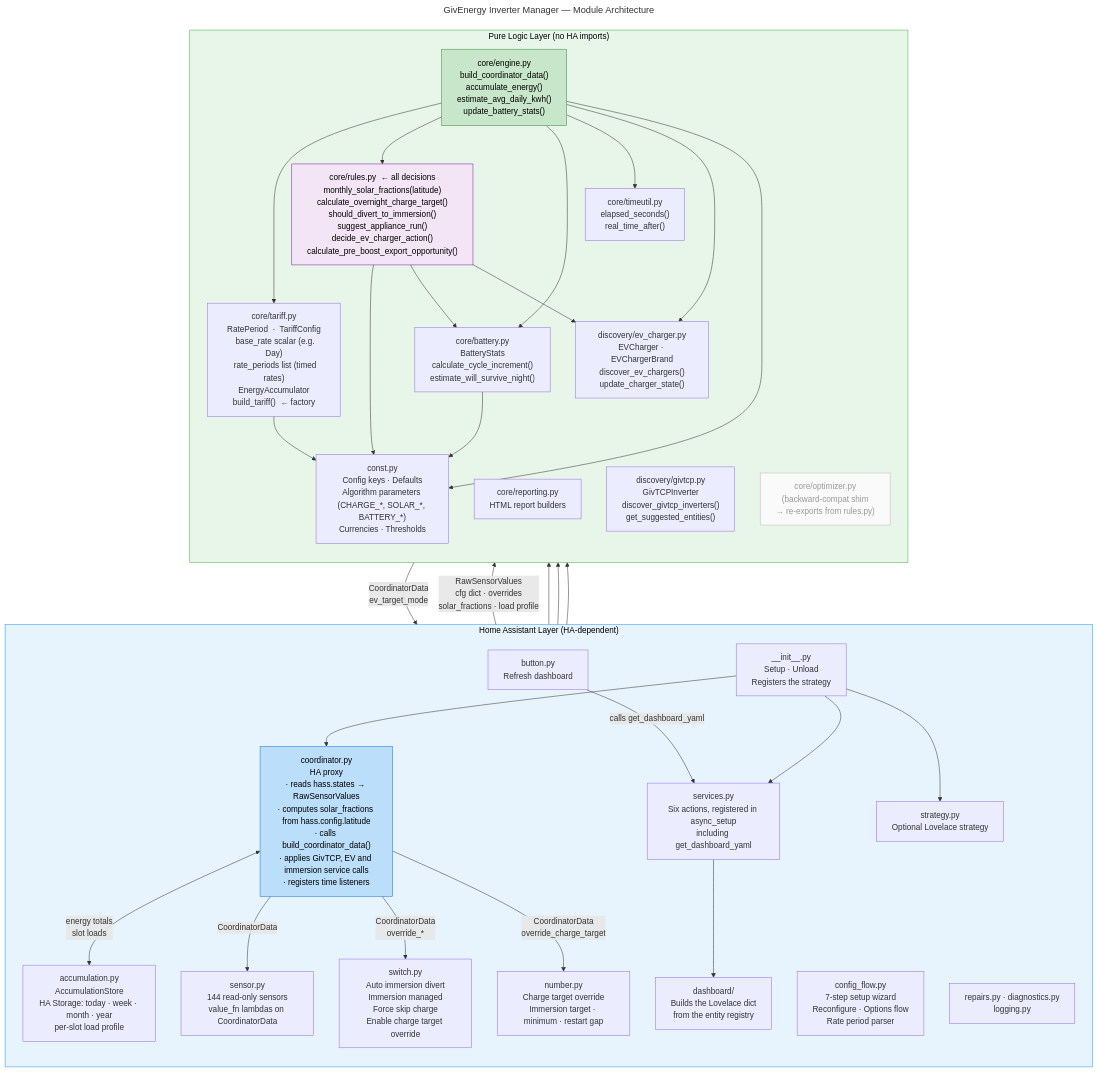
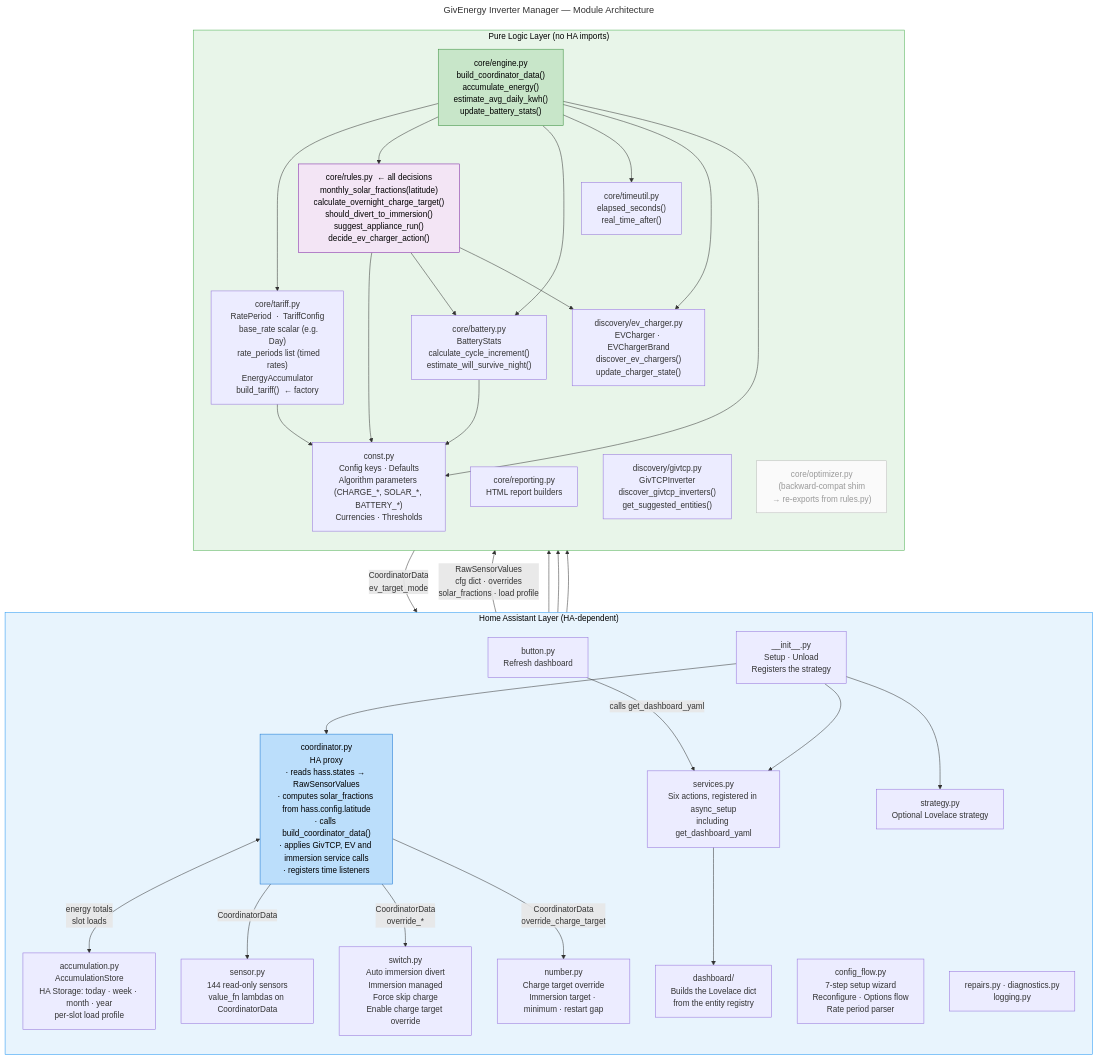
The diagram in docs/architecture.mermaid (macuistin/givenergy_inverter_manager), drawn with Mermaid before and after one commit. The commit also changed 22 other files, not shown here.

First line of the commit message:
refactor(sensor): retire the pre-boost export sensors

```diff
--- a/docs/architecture.mermaid
+++ b/docs/architecture.mermaid
@@ -1,75 +1,75 @@
 ---
 title: GivEnergy Inverter Manager — Module Architecture
 ---
 graph TD
     subgraph HA["Home Assistant Layer  (HA-dependent)"]
         direction TB
         INIT["__init__.py\nSetup · Unload\nRegisters the strategy"]
         COORD["coordinator.py\nHA proxy\n· reads hass.states → RawSensorValues\n· computes solar_fractions from hass.config.latitude\n· calls build_coordinator_data()\n· applies GivTCP, EV and immersion service calls\n· registers time listeners"]
         ACC["accumulation.py\nAccumulationStore\nHA Storage: today · week · month · year\nper-slot load profile"]
         SENSOR["sensor.py\n144 read-only sensors\nvalue_fn lambdas on CoordinatorData"]
         SWITCH["switch.py\nAuto immersion divert\nImmersion managed\nForce skip charge\nEnable charge target override"]
         NUMBER["number.py\nCharge target override\nImmersion target · minimum · restart gap"]
         BUTTON["button.py\nRefresh dashboard"]
         DASH["services.py\nSix actions, registered in async_setup\nincluding get_dashboard_yaml"]
         BUILD["dashboard/\nBuilds the Lovelace dict\nfrom the entity registry"]
         STRAT["strategy.py\nOptional Lovelace strategy"]
         CF["config_flow.py\n7-step setup wizard\nReconfigure · Options flow\nRate period parser"]
         MISC["repairs.py · diagnostics.py\nlogging.py"]
     end
 
     subgraph ENGINE["Pure Logic Layer  (no HA imports)"]
         direction TB
         ENG["core/engine.py\nbuild_coordinator_data()\naccumulate_energy()\nestimate_avg_daily_kwh()\nupdate_battery_stats()"]
-        RULES["core/rules.py  ← all decisions\nmonthly_solar_fractions(latitude)\ncalculate_overnight_charge_target()\nshould_divert_to_immersion()\nsuggest_appliance_run()\ndecide_ev_charger_action()\ncalculate_pre_boost_export_opportunity()"]
+        RULES["core/rules.py  ← all decisions\nmonthly_solar_fractions(latitude)\ncalculate_overnight_charge_target()\nshould_divert_to_immersion()\nsuggest_appliance_run()\ndecide_ev_charger_action()"]
         TARIFF["core/tariff.py\nRatePeriod  ·  TariffConfig\n  base_rate scalar (e.g. Day)\n  rate_periods list (timed rates)\nEnergyAccumulator\nbuild_tariff()  ← factory"]
         BAT["core/battery.py\nBatteryStats\ncalculate_cycle_increment()\nestimate_will_survive_night()"]
         REP["core/reporting.py\nHTML report builders"]
         TIME["core/timeutil.py\nelapsed_seconds()\nreal_time_after()"]
         DISC_EV["discovery/ev_charger.py\nEVCharger · EVChargerBrand\ndiscover_ev_chargers()\nupdate_charger_state()"]
         DISC_GTC["discovery/givtcp.py\nGivTCPInverter\ndiscover_givtcp_inverters()\nget_suggested_entities()"]
         CONST["const.py\nConfig keys · Defaults\nAlgorithm parameters (CHARGE_*, SOLAR_*, BATTERY_*)\nCurrencies · Thresholds"]
         OPT["core/optimizer.py\n(backward-compat shim\n→ re-exports from rules.py)"]
     end
 
     %% Coordinator ↔ Engine
     COORD -->|"RawSensorValues\ncfg dict · overrides\nsolar_fractions · load profile"| ENG
     ENG -->|"CoordinatorData\nev_target_mode"| COORD
     COORD <-->|"energy totals\nslot loads"| ACC
 
     %% Engine internal deps
     ENG --> TARIFF
     ENG --> RULES
     ENG --> BAT
     ENG --> TIME
     ENG --> DISC_EV
     ENG --> CONST
     RULES --> CONST
     RULES --> BAT
     RULES --> DISC_EV
     TARIFF --> CONST
     BAT --> CONST
 
     %% HA entities read coordinator data
     COORD -->|"CoordinatorData"| SENSOR
     COORD -->|"CoordinatorData\noverride_*"| SWITCH
     COORD -->|"CoordinatorData\noverride_charge_target"| NUMBER
     BUTTON -->|"calls get_dashboard_yaml"| DASH
     SENSOR --> REP
     DASH --> BUILD
 
     %% Config flow uses discovery at setup time only
     CF --> DISC_GTC
     CF --> DISC_EV
 
     %% Init wires it all together
     INIT --> COORD
     INIT --> DASH
     INIT --> STRAT
 
     style HA fill:#e8f4fd,stroke:#2196F3,color:#000
     style ENGINE fill:#e8f5e9,stroke:#4CAF50,color:#000
     style ENG fill:#c8e6c9,stroke:#388E3C,color:#000
     style COORD fill:#bbdefb,stroke:#1976D2,color:#000
     style RULES fill:#f3e5f5,stroke:#7B1FA2,color:#000
     style OPT fill:#fafafa,stroke:#bbb,color:#999
```
